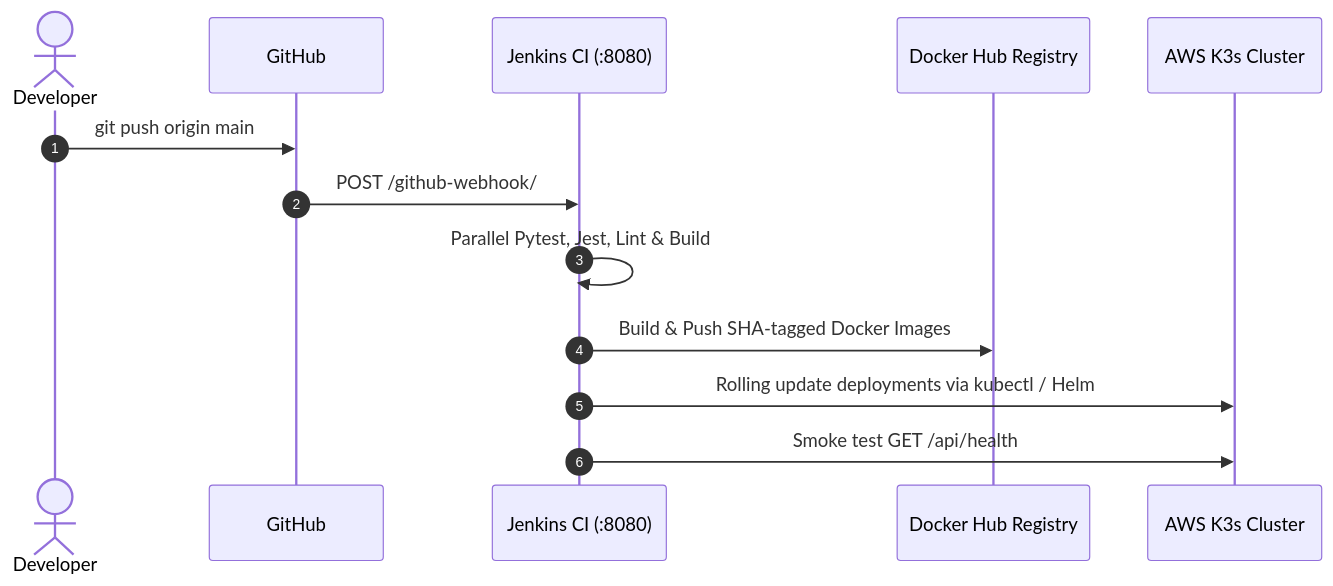
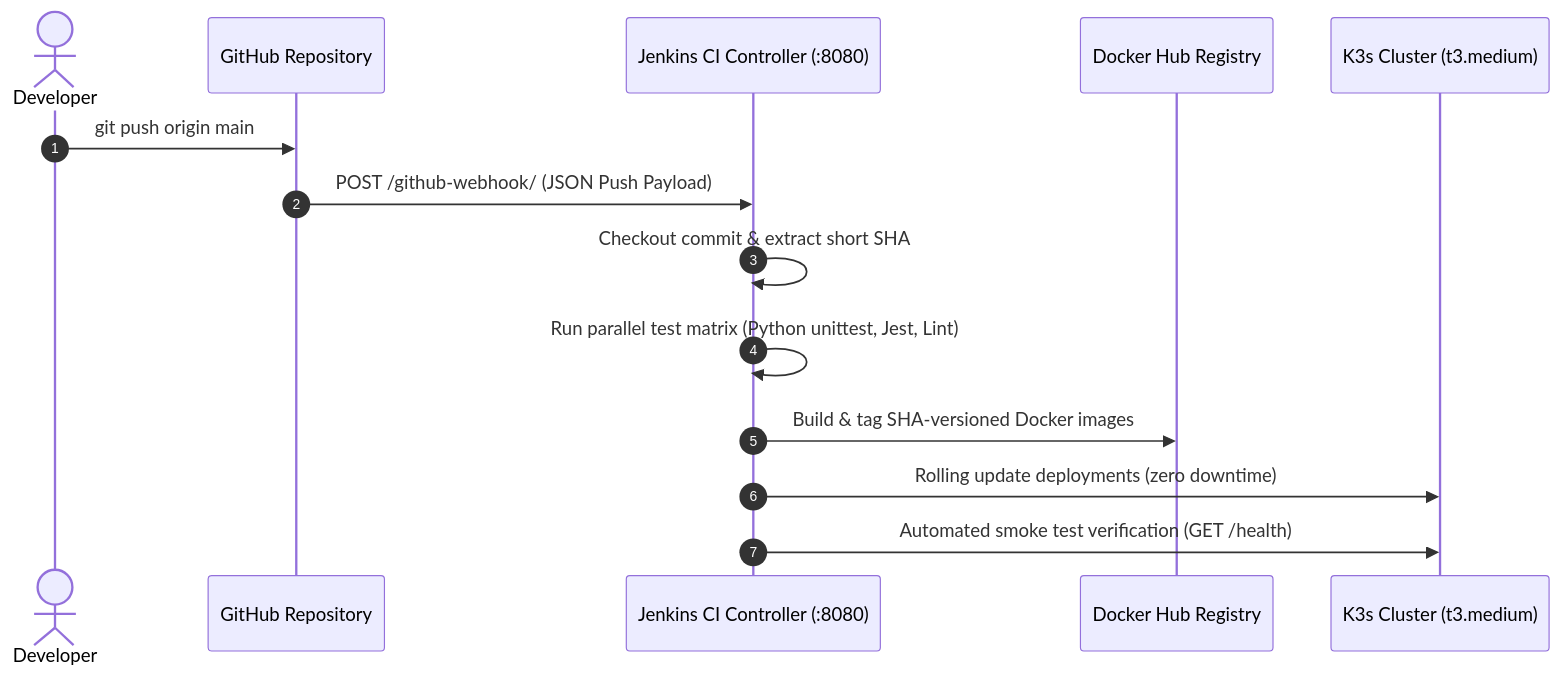
The second of 2 diagrams in README.md (Akash123-cyber/Urban-Environmental-Intelligence-Prediction-Platform), drawn with Mermaid before and after one commit. The commit also changed other lines of this file and 19 other files, not shown here.

````diff
--- a/README.md
+++ b/README.md
@@ -219,16 +267,17 @@
 ```mermaid
 sequenceDiagram
   autonumber
   actor Developer
-  participant GitHub
-  participant Jenkins as Jenkins CI (:8080)
+  participant GitHub as GitHub Repository
+  participant Jenkins as Jenkins CI Controller (:8080)
   participant DockerHub as Docker Hub Registry
-  participant K3s as AWS K3s Cluster
+  participant K3s as K3s Cluster (t3.medium)
 
   Developer->>GitHub: git push origin main
-  GitHub->>Jenkins: POST /github-webhook/
-  Jenkins->>Jenkins: Parallel Pytest, Jest, Lint & Build
-  Jenkins->>DockerHub: Build & Push SHA-tagged Docker Images
-  Jenkins->>K3s: Rolling update deployments via kubectl / Helm
-  Jenkins->>K3s: Smoke test GET /api/health
+  GitHub->>Jenkins: POST /github-webhook/ (JSON Push Payload)
+  Jenkins->>Jenkins: Checkout commit & extract short SHA
+  Jenkins->>Jenkins: Run parallel test matrix (Python unittest, Jest, Lint)
+  Jenkins->>DockerHub: Build & tag SHA-versioned Docker images
+  Jenkins->>K3s: Rolling update deployments (zero downtime)
+  Jenkins->>K3s: Automated smoke test verification (GET /health)
 ```
````
